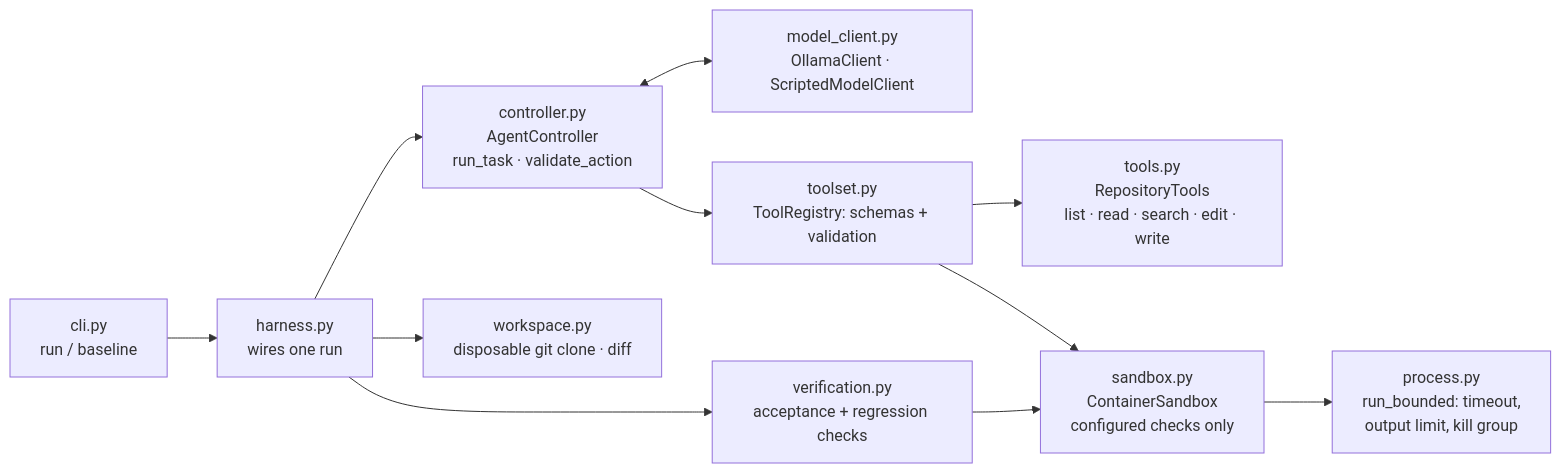
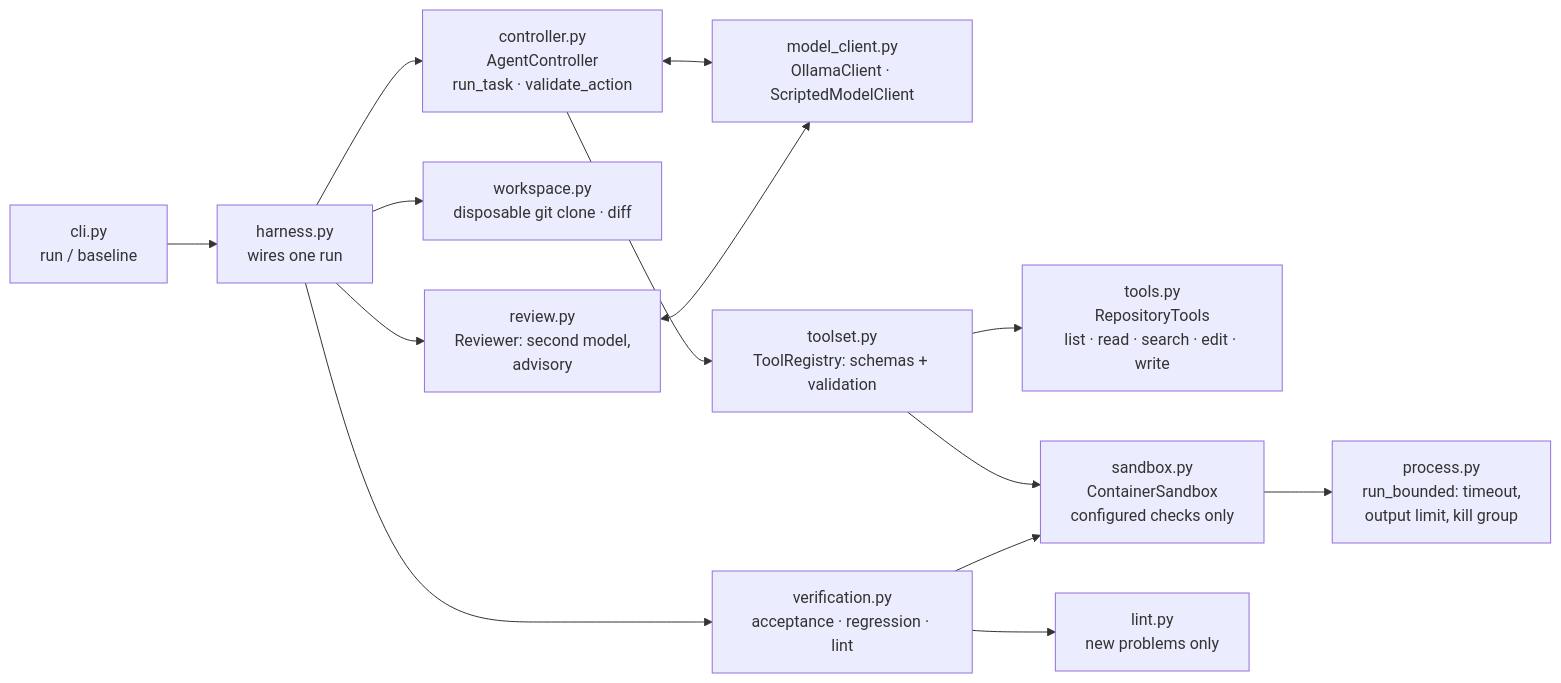
Before and after one commit to Sevyls/aaia-coding-harness: the first of 2 diagrams in README.md, drawn with Mermaid. The commit also changed other lines of this file and 19 other files, not shown here.

````diff
--- a/README.md
+++ b/README.md
@@ -38,13 +72,16 @@
 ```mermaid
 flowchart LR
     CLI["cli.py<br/>run / baseline"] --> H["harness.py<br/>wires one run"]
     H --> C["controller.py<br/>AgentController<br/>run_task · validate_action"]
     C <--> M["model_client.py<br/>OllamaClient · ScriptedModelClient"]
     C --> T["toolset.py<br/>ToolRegistry: schemas + validation"]
     T --> R["tools.py<br/>RepositoryTools<br/>list · read · search · edit · write"]
     T --> S["sandbox.py<br/>ContainerSandbox<br/>configured checks only"]
     S --> P["process.py<br/>run_bounded: timeout,<br/>output limit, kill group"]
     H --> W["workspace.py<br/>disposable git clone · diff"]
-    H --> V["verification.py<br/>acceptance + regression checks"]
+    H --> V["verification.py<br/>acceptance · regression · lint"]
     V --> S
+    V --> LI["lint.py<br/>new problems only"]
+    H --> RV["review.py<br/>Reviewer: second model,<br/>advisory"]
+    RV <--> M
 ```
````
